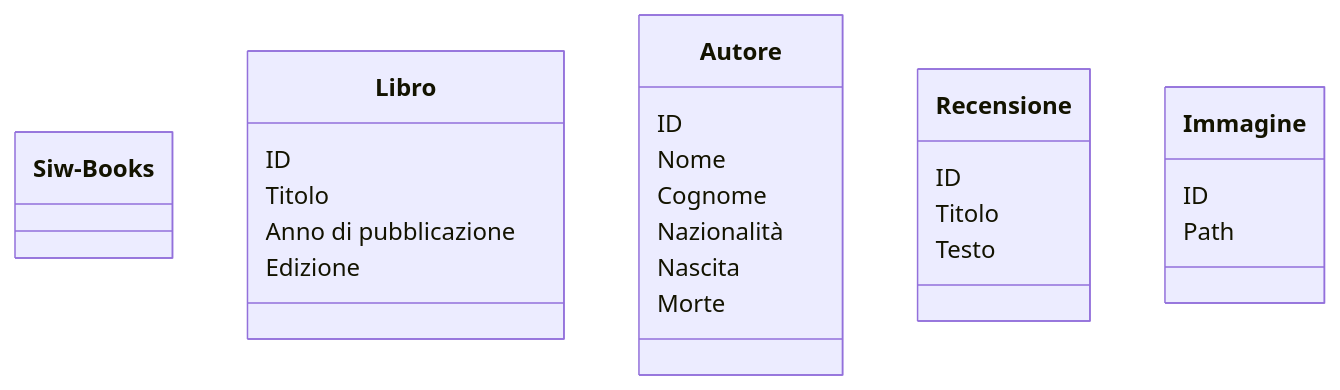
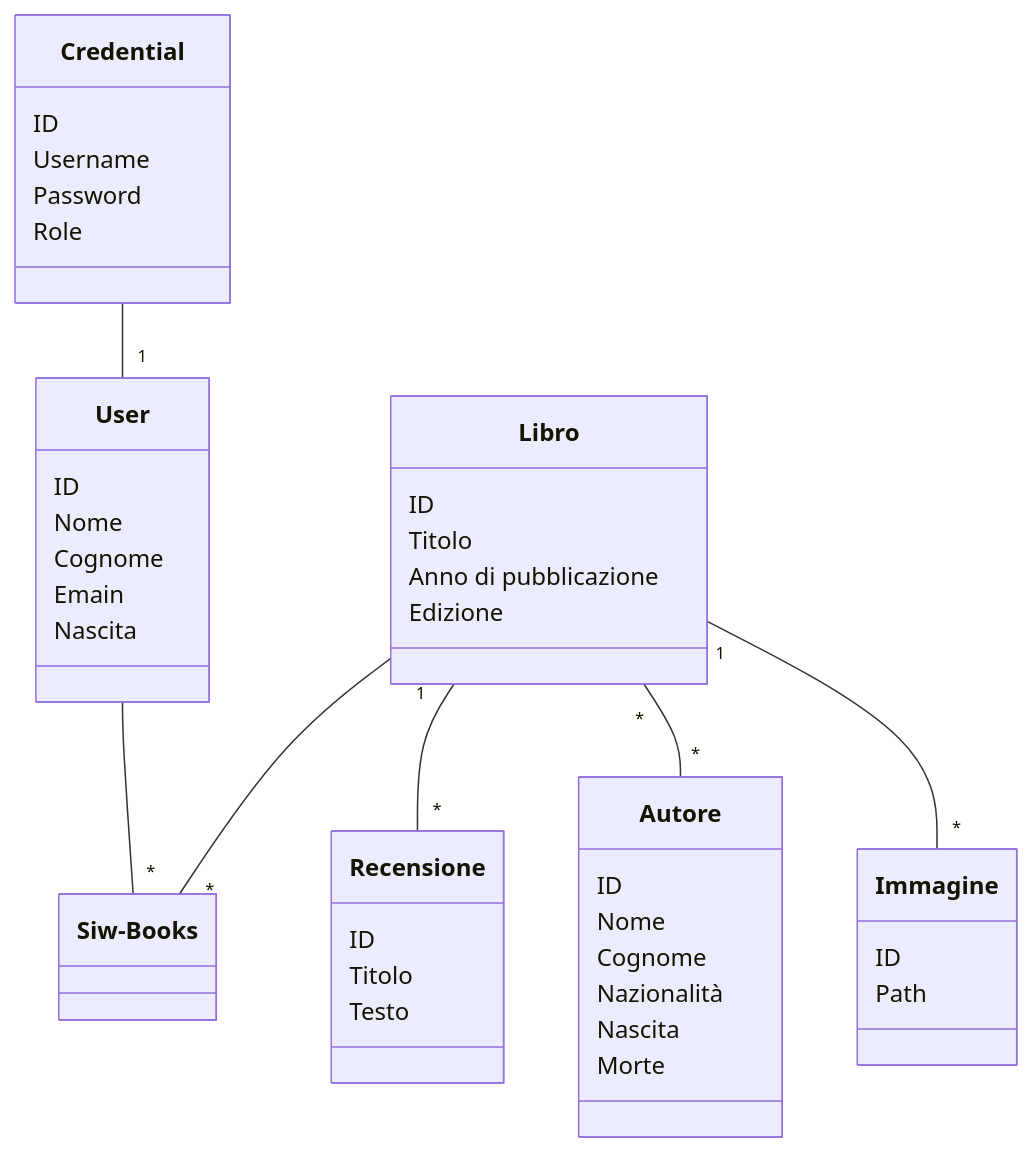
One commit to Chiodoo/SIW_Books changed the diagram in README.md. Above: the diagram before and after it, drawn with Mermaid.

Commit message:
Aggiornato README

````diff
--- a/README.md
+++ b/README.md
@@ -11,34 +11,58 @@
 ```mermaid
 classDiagram
 
   class Siw-Books {
 
   }
   
   class Libro {
     ID
     Titolo
     Anno di pubblicazione
     Edizione
   }
 
   class Autore {
     ID
     Nome
     Cognome
     Nazionalità
     Nascita
     Morte
   }
 
   class Recensione {
     ID
     Titolo
     Testo
   }
 
   class Immagine {
     ID
     Path
   }
+
+  class User {
+    ID
+    Nome
+    Cognome
+    Emain
+    Nascita
+  }
+
+  class Credential {
+    ID
+    Username
+    Password
+    Role
+  }
+
+  Credential  -- "1" User
+  User -- "*" Siw-Books
+  Libro -- "*" Siw-Books
+  Libro "1" -- "*" Recensione
+  Libro "*" -- "*" Autore
+  Libro "1" -- "*" Immagine
+
+
 ```
````
